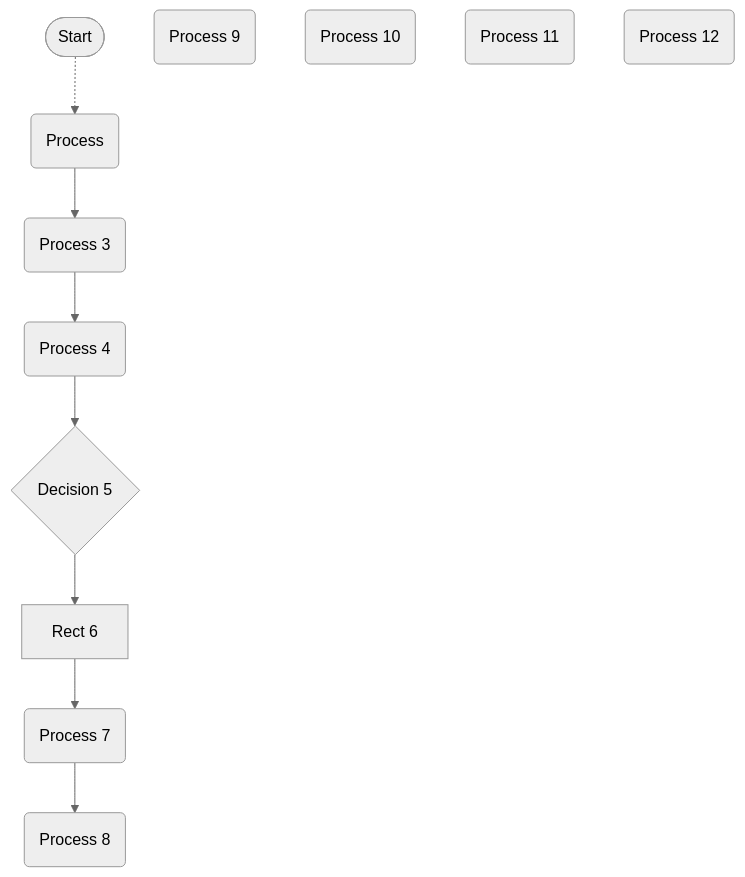
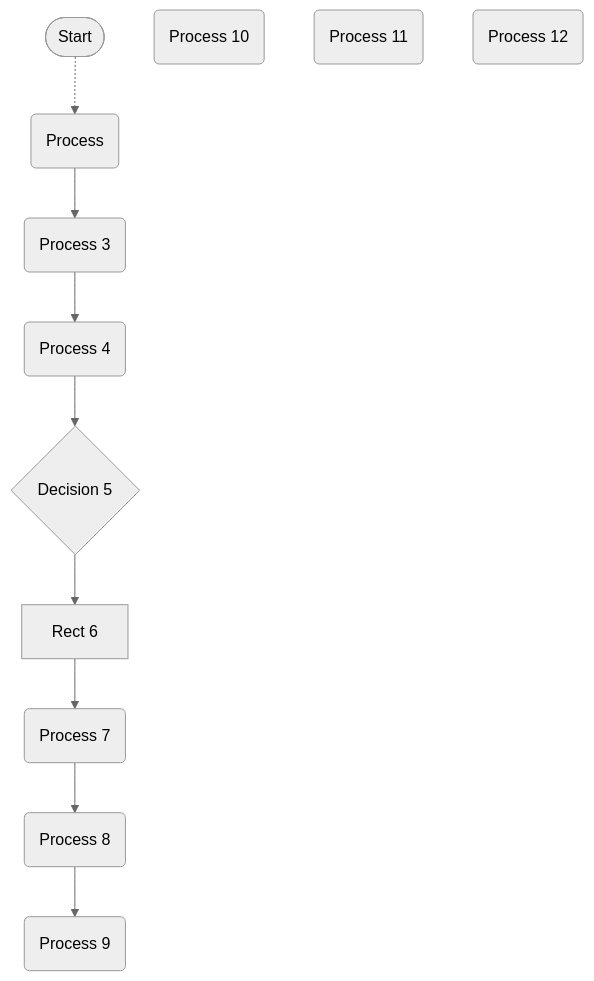
Before and after one commit to pingpm/mermaid_vault: the diagram in mmd/123_62e6c88a-5c2a-4de8-84fc-1d3788bd37bb.mmd, drawn with Mermaid (neutral theme). The commit also changed 2 other files, not shown here.

Commit message:
Sync Mermaid Studio data (14 diagrams)

```diff
--- a/mmd/123_62e6c88a-5c2a-4de8-84fc-1d3788bd37bb.mmd
+++ b/mmd/123_62e6c88a-5c2a-4de8-84fc-1d3788bd37bb.mmd
@@ -1,20 +1,21 @@
 flowchart TD
   start(["Start"])
   1("Process")
   ed94df6d-27dc-4558-9ba9-f402a2bbd445("Process 3")
   4c29f9f7-41e0-4e52-b326-42d15d39ecab("Process 4")
   33c70f05-26ac-413f-9084-9897f34cde42{"Decision 5"}
   13be37cb-02f9-4296-a578-43674937a2bd["Rect 6"]
   85e9cd21-9674-4376-9826-7df01b6ef5a0("Process 7")
   1a296bdf-a37f-447c-bfb4-0e0b6ec00ac6("Process 8")
   747f80f0-57ab-4e5e-aa6a-257f7eb3cf52("Process 9")
   06ec0340-97f1-436f-877c-59391d71ad22("Process 10")
   17a31538-272a-4913-9b74-d8e41456a13a("Process 11")
   2a96f7a1-b4d1-4adb-a90c-5574100b23c6("Process 12")
   start -.-> 1
   1 --> ed94df6d-27dc-4558-9ba9-f402a2bbd445
   ed94df6d-27dc-4558-9ba9-f402a2bbd445 --> 4c29f9f7-41e0-4e52-b326-42d15d39ecab
   4c29f9f7-41e0-4e52-b326-42d15d39ecab --> 33c70f05-26ac-413f-9084-9897f34cde42
   33c70f05-26ac-413f-9084-9897f34cde42 --> 13be37cb-02f9-4296-a578-43674937a2bd
   13be37cb-02f9-4296-a578-43674937a2bd --> 85e9cd21-9674-4376-9826-7df01b6ef5a0
   85e9cd21-9674-4376-9826-7df01b6ef5a0 --> 1a296bdf-a37f-447c-bfb4-0e0b6ec00ac6
+  1a296bdf-a37f-447c-bfb4-0e0b6ec00ac6 --> 747f80f0-57ab-4e5e-aa6a-257f7eb3cf52
```
